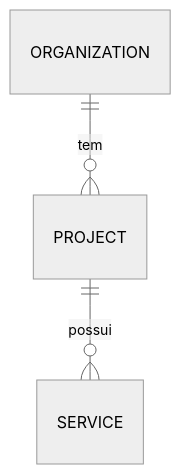
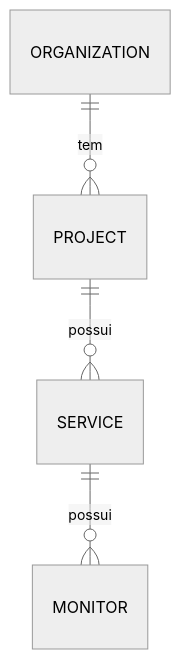
The second of 3 diagrams in docs/architecture-foundation.md (diegovieiradv/project-sentinel), drawn with Mermaid (neutral theme) before and after one commit. The commit also changed other lines of this file and 27 other files, not shown here.

````diff
--- a/docs/architecture-foundation.md
+++ b/docs/architecture-foundation.md
@@ -51,5 +55,6 @@
 ```mermaid
 erDiagram
     ORGANIZATION ||--o{ PROJECT : "tem"
     PROJECT ||--o{ SERVICE : "possui"
+    SERVICE ||--o{ MONITOR : "possui"
 ```
````
